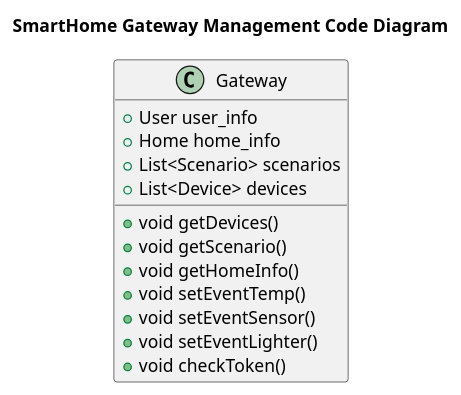
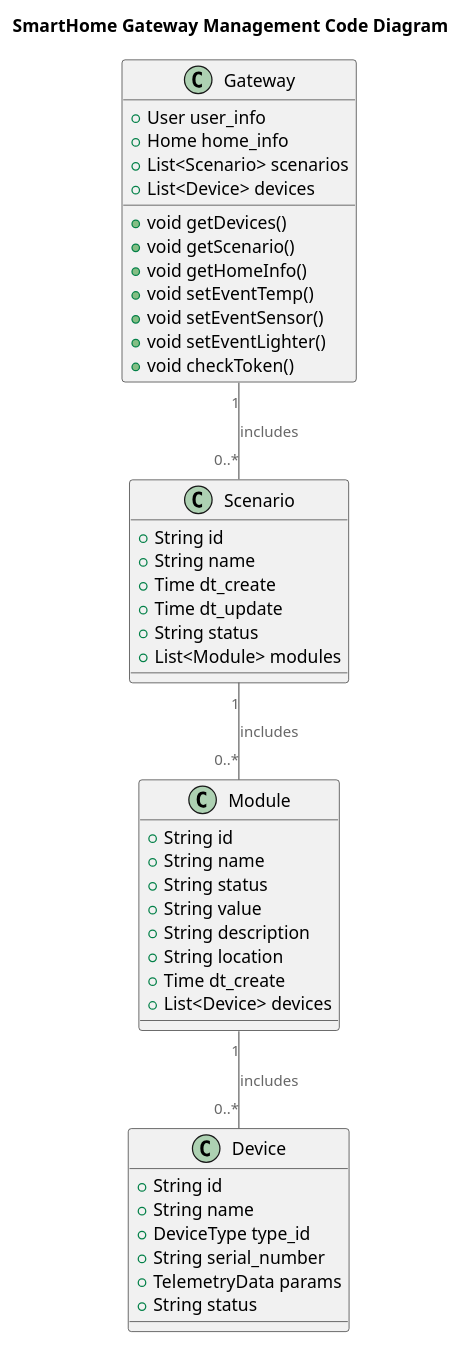
The diagram in diagrams/code/Code-gateway.puml (PuryginKE/architecture-warmhouse), drawn with PlantUML before and after one commit. The commit also changed 6 other files, not shown here.

```diff
--- a/diagrams/code/Code-gateway.puml
+++ b/diagrams/code/Code-gateway.puml
@@ -1,22 +1,55 @@
 @startuml
 title SmartHome Gateway Management Code Diagram
 
 top to bottom direction
 
 !includeurl https://raw.githubusercontent.com/RicardoNiepel/C4-PlantUML/master/C4_Component.puml
 
 class Gateway {
   +User user_info
   +Home home_info
   +List<Scenario> scenarios
   +List<Device> devices
   +void getDevices()
   +void getScenario()
   +void getHomeInfo()
   +void setEventTemp()
   +void setEventSensor()
   +void setEventLighter()
   +void checkToken()
 }
 
+class Scenario {
+  +String id
+  +String name
+  +Time dt_create
+  +Time dt_update
+  +String status
+  +List<Module> modules
+}
+
+class Module {
+  +String id
+  +String name
+  +String status
+  +String value
+  +String description
+  +String location
+  +Time dt_create 
+  +List<Device> devices
+}
+
+class Device {
+  +String id
+  +String name
+  +DeviceType type_id
+  +String serial_number
+  +TelemetryData params
+  +String status
+}
+
+Gateway "1" -- "0..*" Scenario : includes
+Scenario "1" -- "0..*" Module : includes
+Module "1" -- "0..*" Device : includes
+
 @enduml
```
